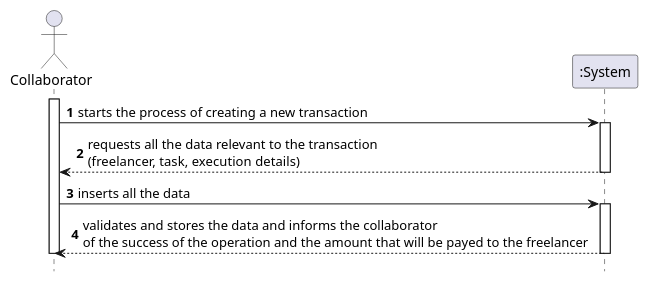
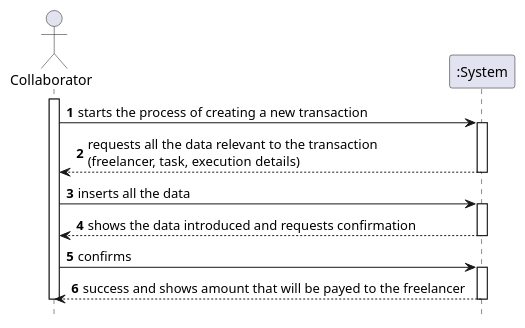
The diagram in docs/UC_01/SSD.puml (botelho-io/lapr2-2020-g029), drawn with PlantUML before and after one commit. The commit also changed 12 other files, not shown here.

```diff
--- a/docs/UC_01/SSD.puml
+++ b/docs/UC_01/SSD.puml
@@ -1,23 +1,30 @@
 @startuml SSD
 hide footbox
 autonumber
 actor "Collaborator" as C
 participant ":System" as S
 
 'The collaborator starts the process of creating a new transaction.
 'The system requests all the data relevant to the transaction (freelancer, task, execution details).
 'The collaborator inserts all the data.
+'The systems shows the data introduced and requests confirmation.
+'The collaborator confirms.
 'The system validates and stores the data and informs the collaborator of the success of the operation and the amount that will be payed to the freelancer.
+
 
 activate C
         C -> S : starts the process of creating a new transaction
         activate S
                 S --> C: requests all the data relevant to the transaction \n(freelancer, task, execution details)
         deactivate S
-        C -> S :inserts all the data
+        C -> S : inserts all the data
         activate S
-                S --> C: validates and stores the data and informs the collaborator \nof the success of the operation and the amount that will be payed to the freelancer
+                S --> C: shows the data introduced and requests confirmation
+        deactivate S
+        C -> S : confirms
+        activate S
+                S --> C: success and shows amount that will be payed to the freelancer
         deactivate S
 deactivate C
 
 @enduml
```
